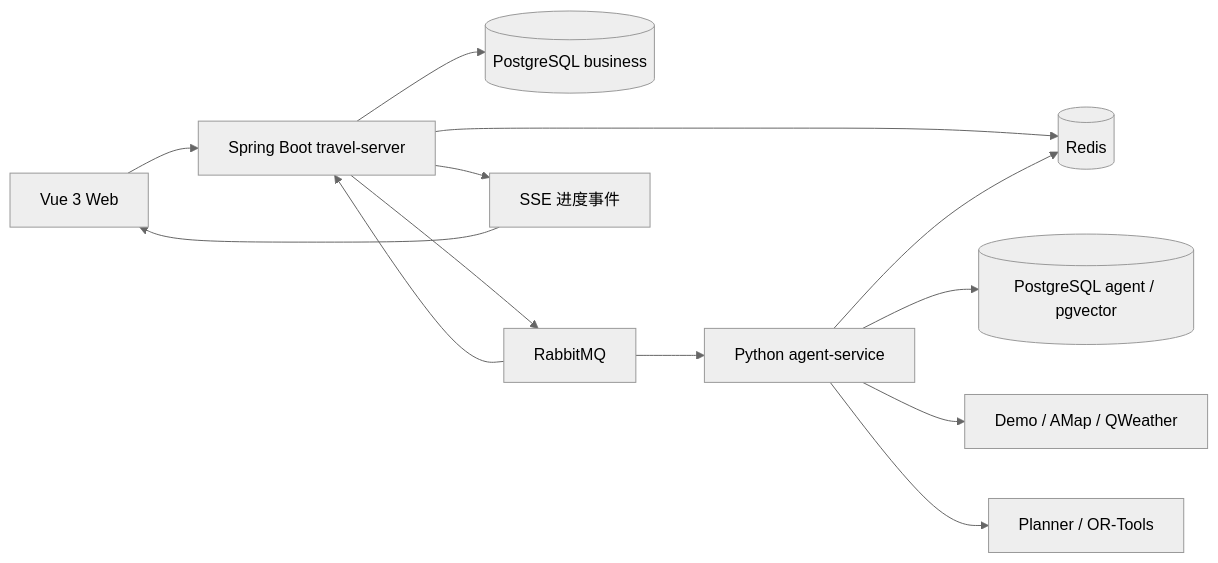
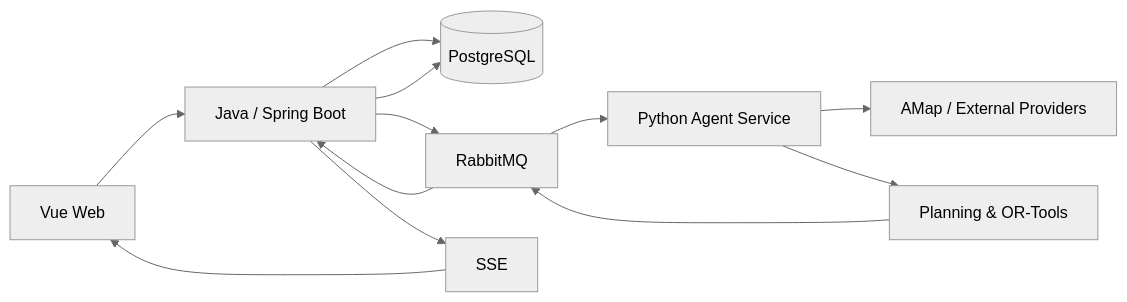
One commit to tobehardoo/trip-pilot-agent changed the diagram in README.md. Above: the diagram before and after it, drawn with Mermaid (neutral theme). The commit also changed other lines of this file, not shown here.

````diff
--- a/README.md
+++ b/README.md
@@ -27,15 +30,17 @@
 ```mermaid
 flowchart LR
-    Browser["Vue 3 Web"] --> API["Spring Boot travel-server"]
-    API --> BizDB[("PostgreSQL business")]
-    API --> Cache[("Redis")]
-    API --> Queue["RabbitMQ"]
-    API --> SSE["SSE 进度事件"]
-    Queue --> Agent["Python agent-service"]
-    Agent --> AgentDB[("PostgreSQL agent / pgvector")]
-    Agent --> Cache
-    Agent --> Provider["Demo / AMap / QWeather"]
-    Agent --> Planner["Planner / OR-Tools"]
-    Queue --> API
-    SSE --> Browser
+    Web[Vue Web] --> API[Java / Spring Boot]
+    API --> DB[(PostgreSQL)]
+    API --> MQ[RabbitMQ]
+
+    MQ --> Agent[Python Agent Service]
+    Agent --> Provider[AMap / External Providers]
+    Agent --> Planner[Planning & OR-Tools]
+
+    Planner --> MQ
+    MQ --> API
+
+    API --> DB
+    API --> SSE[SSE]
+    SSE --> Web
 ```
````
